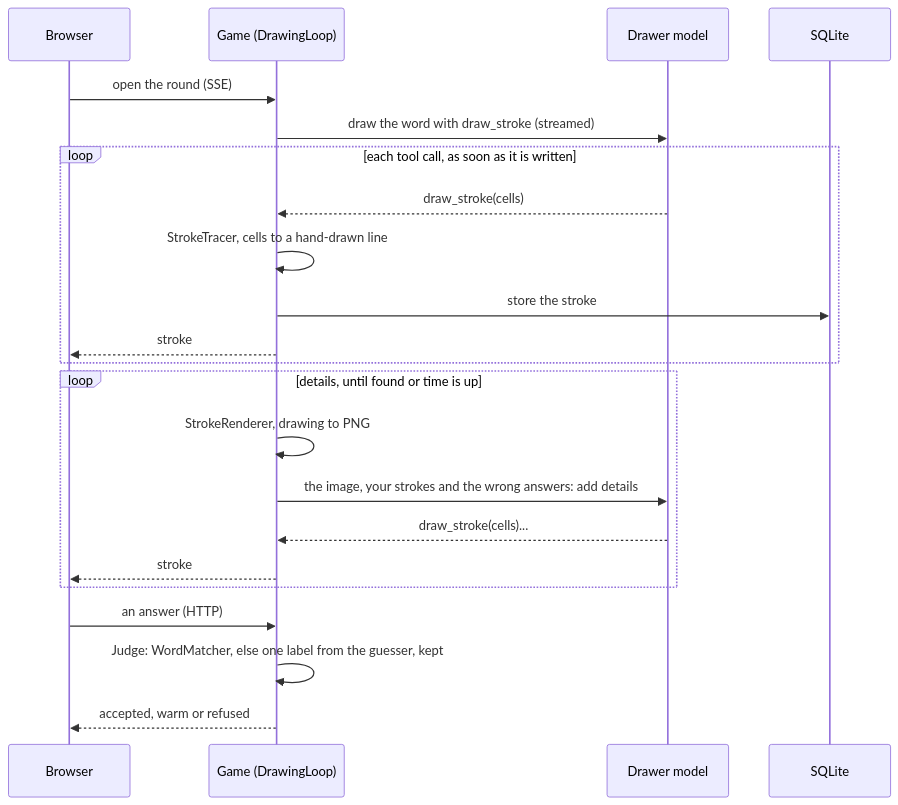
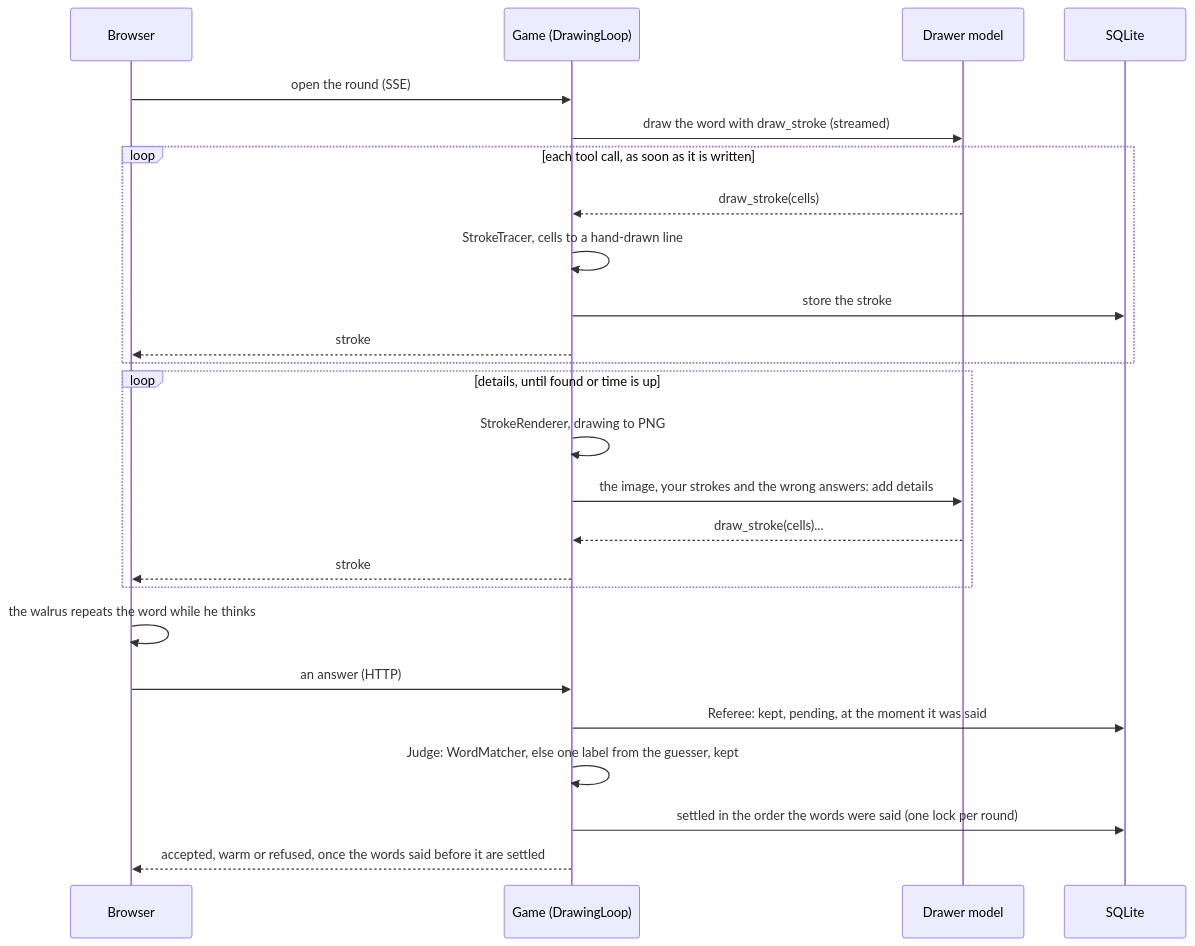
One commit to sowebdev/symfony-ai-hackathon-2026-draw-it-if-you-can changed the second of 4 diagrams in docs/architecture.md. Above: the diagram before and after it, drawn with Mermaid. The commit also changed other lines of this file and 39 other files, not shown here.

First line of the commit message:
The referee's circuit: words settled in the order they were said, the walrus thinks aloud

````diff
--- a/docs/architecture.md
+++ b/docs/architecture.md
@@ -32,25 +32,28 @@
 ```mermaid
 sequenceDiagram
     participant B as Browser
     participant G as Game (DrawingLoop)
     participant M as Drawer model
     participant D as SQLite
 
     B->>G: open the round (SSE)
     G->>M: draw the word with draw_stroke (streamed)
     loop each tool call, as soon as it is written
         M-->>G: draw_stroke(cells)
         G->>G: StrokeTracer, cells to a hand-drawn line
         G->>D: store the stroke
         G-->>B: stroke
     end
     loop details, until found or time is up
         G->>G: StrokeRenderer, drawing to PNG
         G->>M: the image, your strokes and the wrong answers: add details
         M-->>G: draw_stroke(cells)...
         G-->>B: stroke
     end
+    B->>B: the walrus repeats the word while he thinks
     B->>G: an answer (HTTP)
+    G->>D: Referee: kept, pending, at the moment it was said
     G->>G: Judge: WordMatcher, else one label from the guesser, kept
-    G-->>B: accepted, warm or refused
+    G->>D: settled in the order the words were said (one lock per round)
+    G-->>B: accepted, warm or refused, once the words said before it are settled
 ```
````
